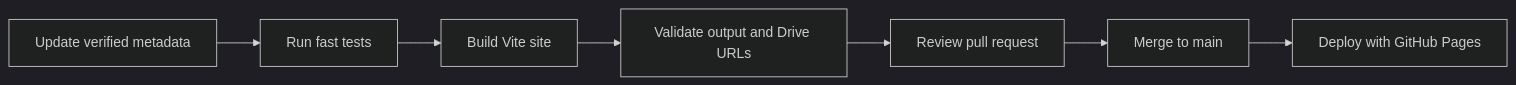
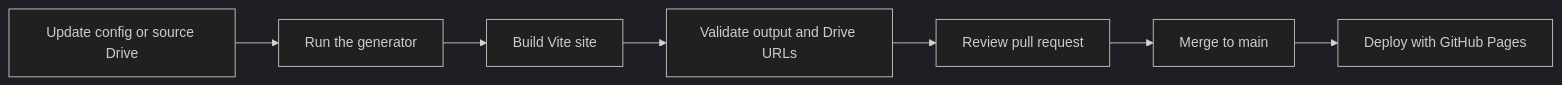
Before and after one commit to AhmedZoOoM/portfolio: the diagram in CONTRIBUTING.md, drawn with Mermaid (dark theme). The commit also changed other lines of this file and 4 other files, not shown here.

````diff
--- a/CONTRIBUTING.md
+++ b/CONTRIBUTING.md
@@ -7,9 +7,9 @@
 ```mermaid
 flowchart LR
-  A[Update verified metadata] --> B[Run fast tests]
+  A[Update config or source Drive] --> B[Run the generator]
   B --> C[Build Vite site]
   C --> D[Validate output and Drive URLs]
   D --> E[Review pull request]
   E --> F[Merge to main]
   F --> G[Deploy with GitHub Pages]
 ```
````
